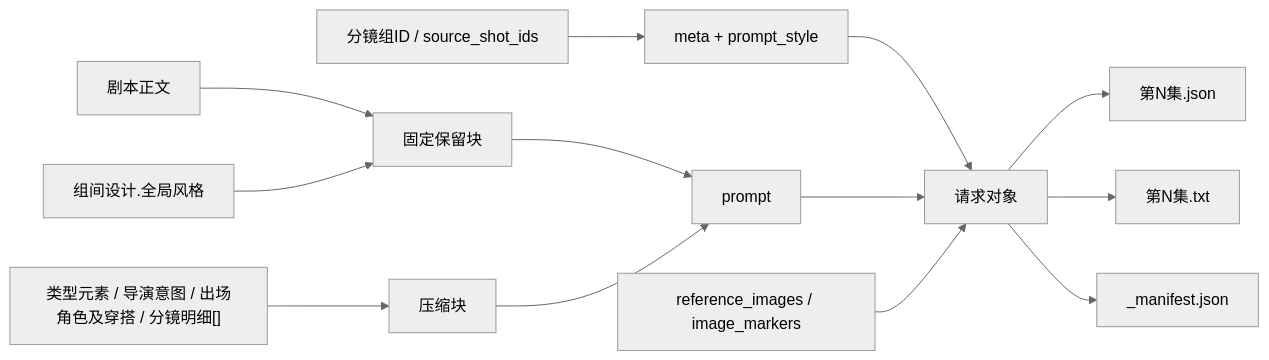
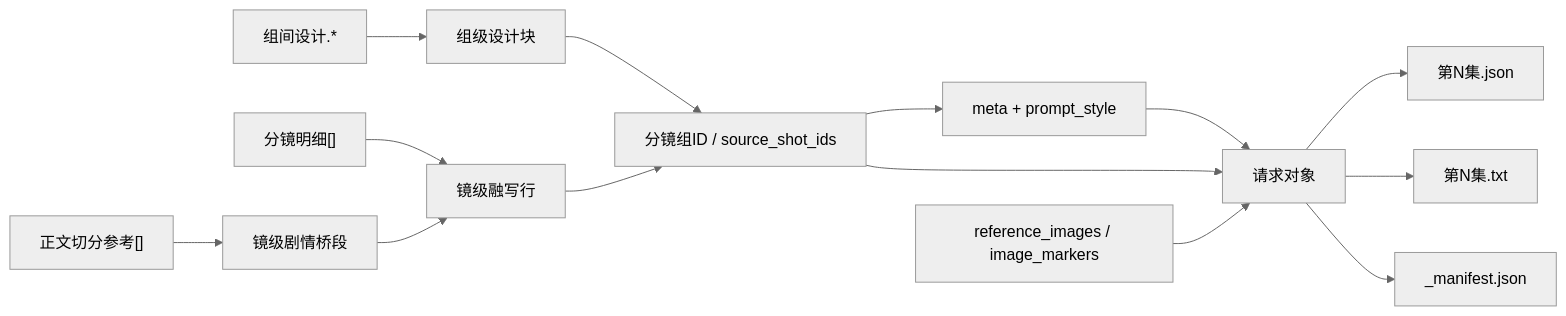
One commit to ZEN-VOID/AI-CUT changed the second of 4 diagrams in .agents/skills/aigc/6-Video/1-提示词蒸馏/全能参照/SKILL.md. Above: the diagram before and after it, drawn with Mermaid (neutral theme). The commit also changed other lines of this file and 118 other files, not shown here.

````diff
--- a/.agents/skills/aigc/6-Video/1-提示词蒸馏/全能参照/SKILL.md
+++ b/.agents/skills/aigc/6-Video/1-提示词蒸馏/全能参照/SKILL.md
@@ -266,15 +275,16 @@
 ```mermaid
 flowchart LR
-    A["剧本正文"] --> D["固定保留块"]
-    B["组间设计.全局风格"] --> D
-    C["类型元素 / 导演意图 / 出场角色及穿搭 / 分镜明细[]"] --> E["压缩块"]
-    D --> F["prompt"]
+    A["组间设计.*"] --> D["组级设计块"]
+    B["正文切分参考[]"] --> E["镜级剧情桥段"]
+    C["分镜明细[]"] --> F["镜级融写行"]
+    D --> G["prompt"]
     E --> F
+    F --> G
     G["分镜组ID / source_shot_ids"] --> H["meta + prompt_style"]
     H --> I["请求对象"]
-    F --> I
+    G --> I
     J["reference_images / image_markers"] --> I
     I --> K["第N集.json"]
     I --> L["第N集.txt"]
     I --> M["_manifest.json"]
 ```
````
